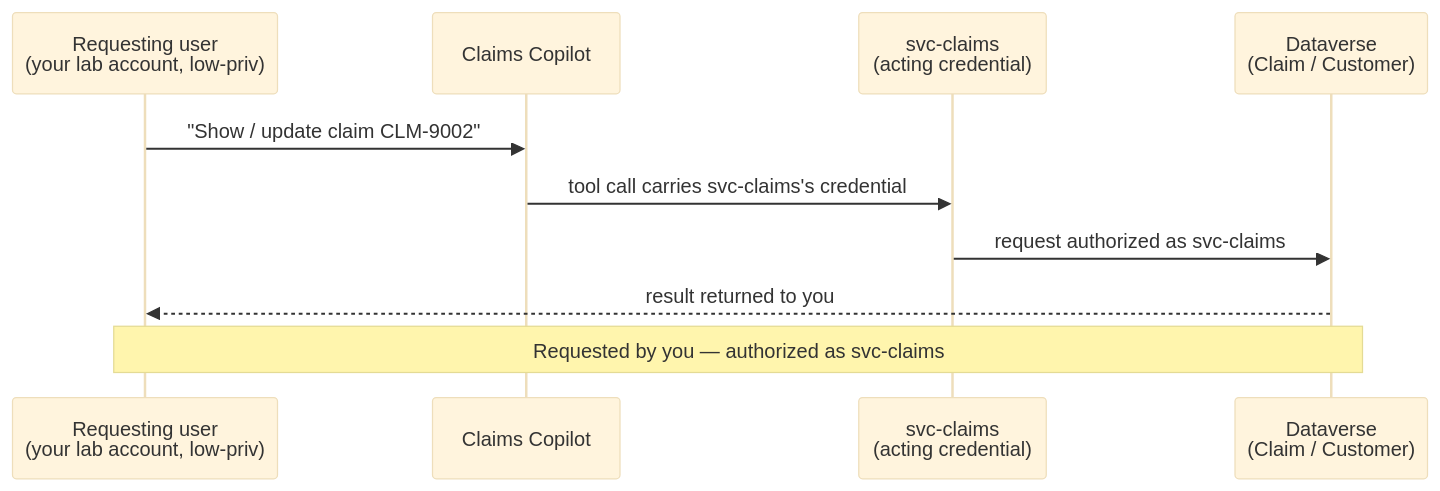
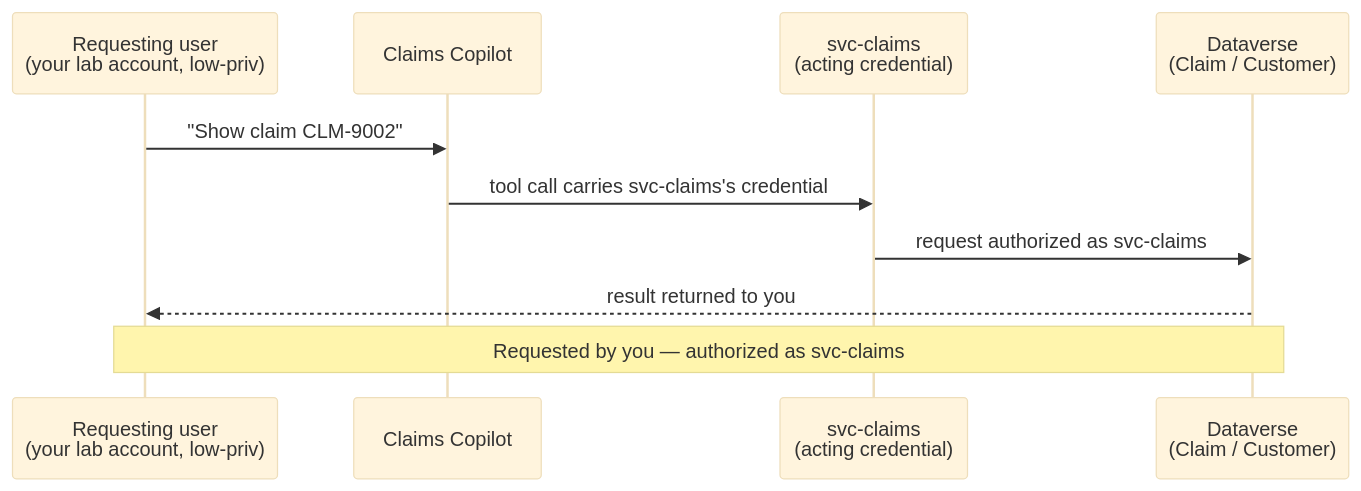
One commit to solliancenet/copilot-studio-shadow-agents-workshop changed the diagram in docs/04_break_the_agents/04_04.md. Above: the diagram before and after it, drawn with Mermaid (base theme). The commit also changed 4 other files, not shown here.

````diff
--- a/docs/04_break_the_agents/04_04.md
+++ b/docs/04_break_the_agents/04_04.md
@@ -29,12 +29,12 @@
 ```mermaid
 sequenceDiagram
   participant J as Requesting user<br/>(your lab account, low-priv)
   participant A as Claims Copilot
   participant S as svc-claims<br/>(acting credential)
   participant D as Dataverse<br/>(Claim / Customer)
-  J->>A: "Show / update claim CLM-9002"
+  J->>A: "Show claim CLM-9002"
   A->>S: tool call carries svc-claims's credential
   S->>D: request authorized as svc-claims
   D-->>J: result returned to you
   Note over J,D: Requested by you — authorized as svc-claims
 ```
````
